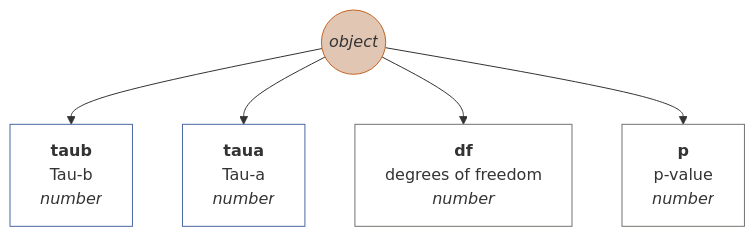
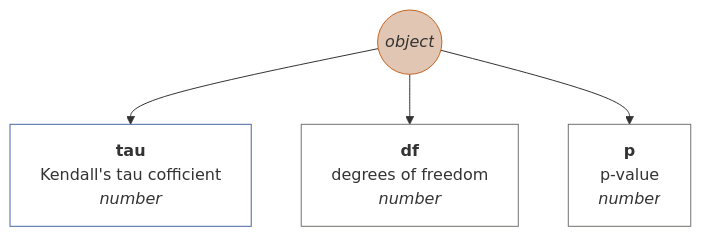
One commit to muzikp/retusa changed diagram 29 of 40 in docs/en-GB.md. Above: the diagram before and after it, drawn with Mermaid. The commit also changed other lines of this file and 9 other files, not shown here.

Commit message:
Kendall Tau corrected

````diff
--- a/docs/en-GB.md
+++ b/docs/en-GB.md
@@ -1059,19 +1059,16 @@
 ```mermaid
 graph TD
 correlKendall((<i>object</i>))
 style correlKendall fill:#E1C6B3;
 style correlKendall stroke:#C36422;
-correlKendall --> taub[<b>taub</b><br>Tau-b <br><i>number</i>]
-style taub fill:#FFFFFF;
-style taub stroke:#4967A4;
-correlKendall --> taua[<b>taua</b><br>Tau-a <br><i>number</i>]
-style taua fill:#FFFFFF;
-style taua stroke:#4967A4;
+correlKendall --> tau[<b>tau</b><br>Kendall's tau cofficient <br><i>number</i>]
+style tau fill:#FFFFFF;
+style tau stroke:#4967A4;
 correlKendall --> df[<b>df</b><br>degrees of freedom <br><i>number</i>]
 style df fill:#FFFFFF;
 style df stroke:#75716F;
 correlKendall --> p[<b>p</b><br>p-value <br><i>number</i>]
 style p fill:#FFFFFF;
 style p stroke:#75716F;
 
 ```
````
